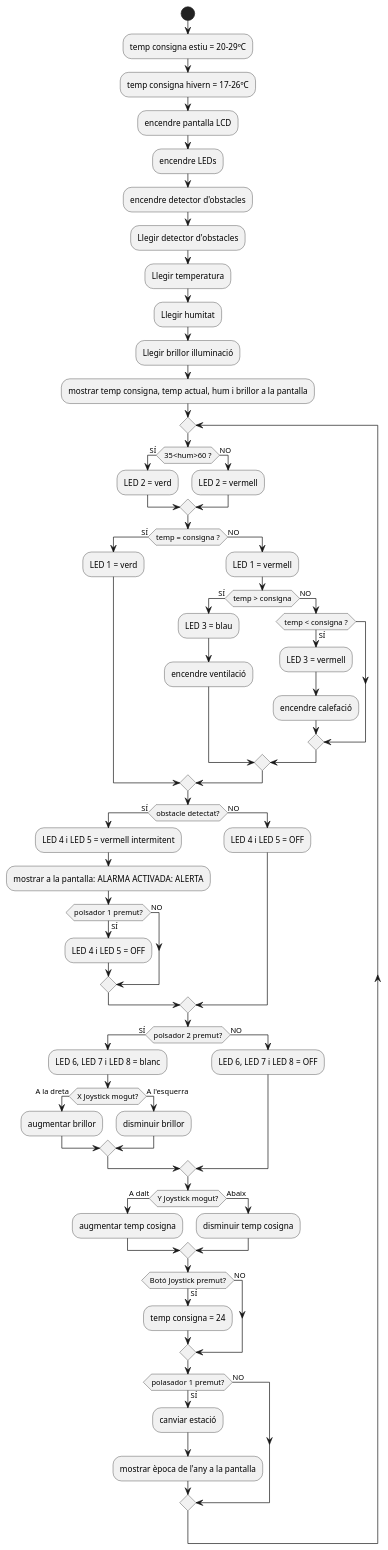
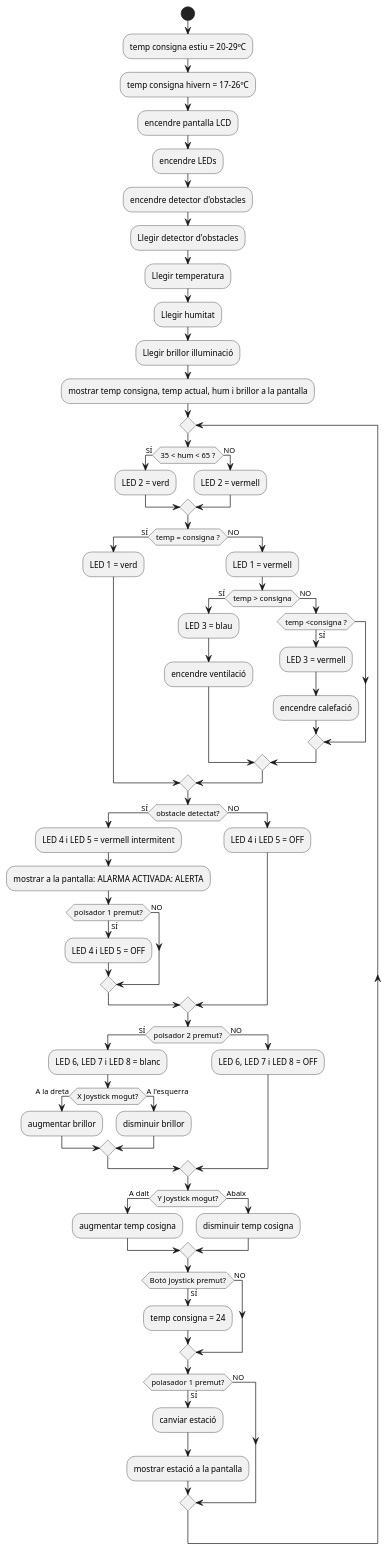
Before and after one commit to alex-touza/casa-domotica: the diagram in diagrams/flux.puml, drawn with PlantUML.

```diff
--- a/diagrams/flux.puml
+++ b/diagrams/flux.puml
@@ -1,68 +1,68 @@
 @startuml
 Start;
 :temp consigna estiu = 20-29ºC;
 :temp consigna hivern = 17-26ºC;
 :encendre pantalla LCD;
 :encendre LEDs;
 :encendre detector d'obstacles;
 :Llegir detector d'obstacles;
 :Llegir temperatura;
 :Llegir humitat;
 :Llegir brillor illuminació;
 :mostrar temp consigna, temp actual, hum i brillor a la pantalla;
 repeat
-if (35<hum>60 ?) then (SÍ)
+if (35 < hum < 65 ?) then (SÍ)
  :LED 2 = verd;
  else (NO)
  :LED 2 = vermell;
 endif
 if (temp = consigna ?) then (SÍ)
  :LED 1 = verd;
  else (NO)
  :LED 1 = vermell;
 if (temp > consigna) then (SÍ)
   :LED 3 = blau;
   :encendre ventilació;
   else (NO)
-   if (temp < consigna ?) then (SÍ)
+   if (temp <consigna ?) then (SÍ)
    :LED 3 = vermell;
    :encendre calefació;
 endif
 endif
 endif
 if (obstacle detectat?) then (SÍ)
  :LED 4 i LED 5 = vermell intermitent;
  :mostrar a la pantalla: ALARMA ACTIVADA: ALERTA;
  if (polsador 1 premut?) then (SÍ)
   :LED 4 i LED 5 = OFF;
   else (NO)
  endif
  else (NO)
  :LED 4 i LED 5 = OFF;
 endif
 if (polsador 2 premut?) then (SÍ)
  :LED 6, LED 7 i LED 8 = blanc;
   if (X Joystick mogut?) then (A la dreta)
   :augmentar brillor;
   else (A l'esquerra)
   :disminuir brillor;
   endif
  else (NO)
  :LED 6, LED 7 i LED 8 = OFF;
 endif
 if (Y Joystick mogut?) then (A dalt)
  :augmentar temp cosigna;
 else (Abaix)
  :disminuir temp cosigna;
 endif
 if (Botó Joystick premut?) then (SÍ)
  :temp consigna = 24;
 else (NO)
 endif
 if (polasador 1 premut?) then (SÍ)
  :canviar estació;
- :mostrar època de l'any a la pantalla;
+ :mostrar estació a la pantalla;
 else (NO)
 endif
 
 @enduml
```
